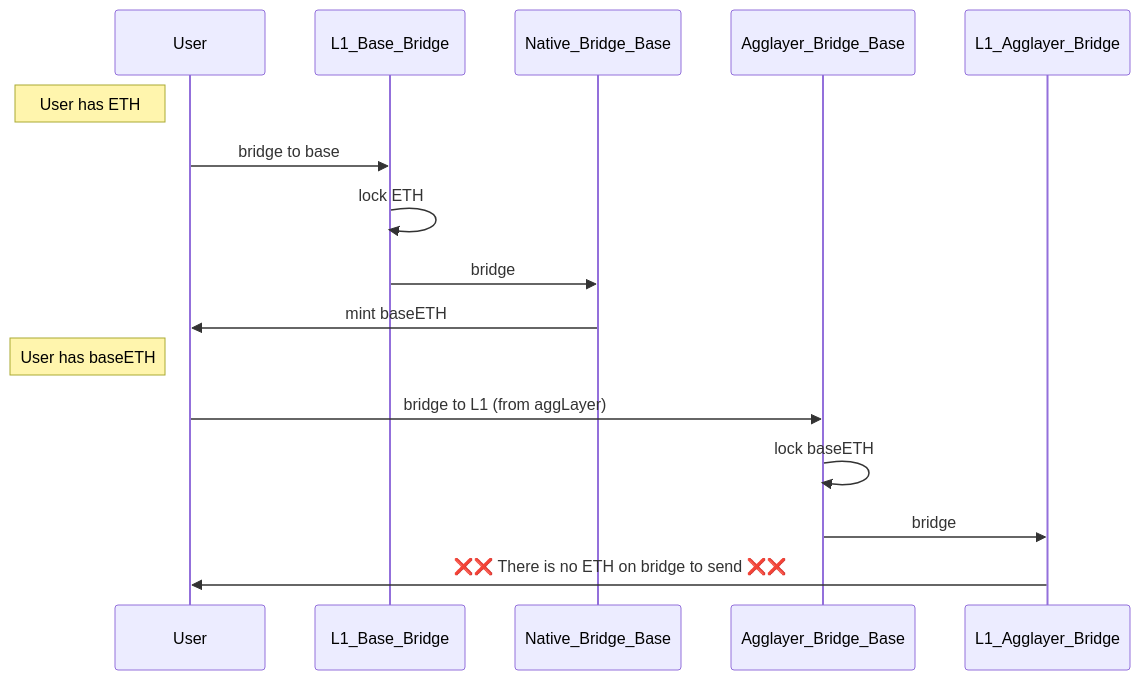
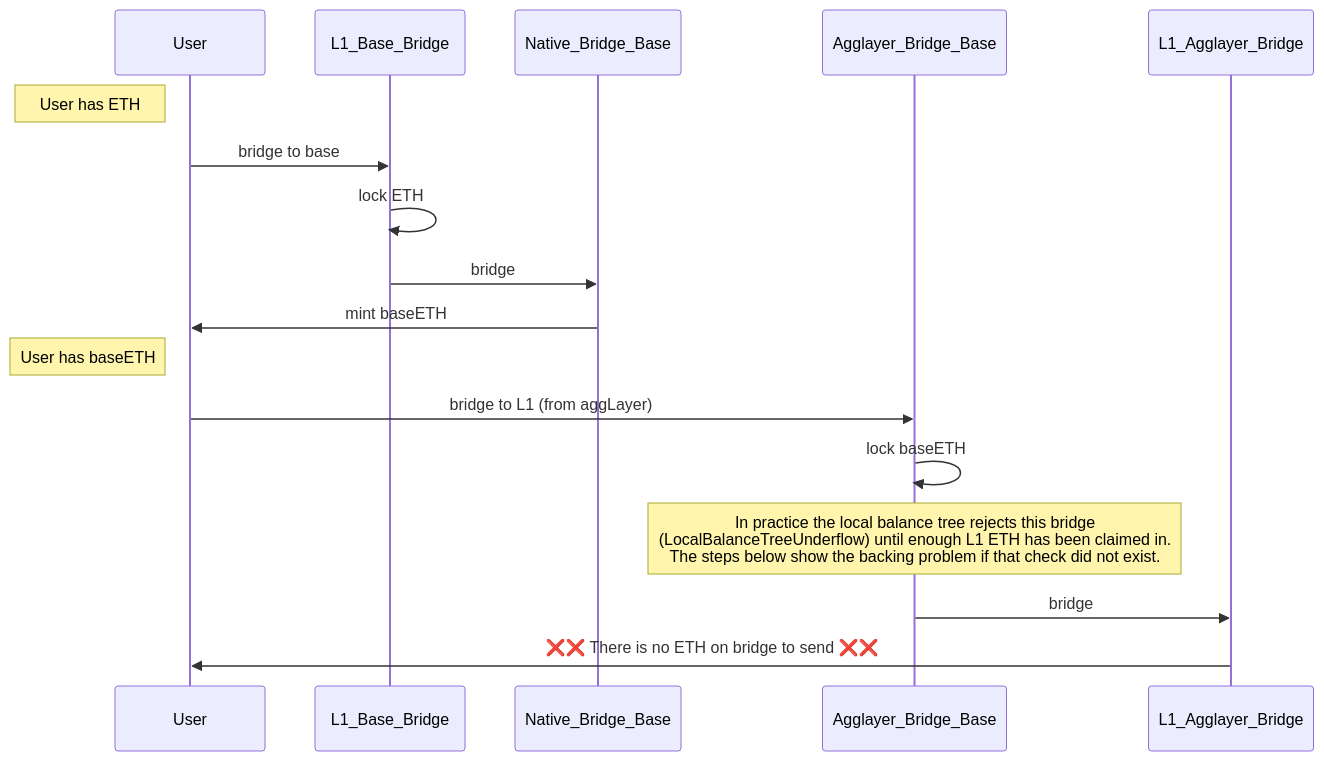
Before and after one commit to agglayer/protocol-team-docs: the first of 2 diagrams in docs/outposts/Intro.md, drawn with Mermaid. The commit also changed 1 other file, not shown here.

Commit message:
docs(outposts): refine gas token page and 4.1 diagram
Refs https://github.com/agglayer/protocol-team-kanban/issues/821

````diff
--- a/docs/outposts/Intro.md
+++ b/docs/outposts/Intro.md
@@ -48,19 +48,20 @@
 ```mermaid
 sequenceDiagram
     participant User
     participant L1_Base_Bridge
     participant Native_Bridge_Base
     participant Agglayer_Bridge_Base
     participant L1_Agglayer_Bridge
 
     Note left of User: User has ETH
     User ->> L1_Base_Bridge: bridge to base
     L1_Base_Bridge ->> L1_Base_Bridge: lock ETH
     L1_Base_Bridge ->> Native_Bridge_Base: bridge
     Native_Bridge_Base ->> User: mint baseETH
     Note left of User: User has baseETH
     User ->> Agglayer_Bridge_Base: bridge to L1 (from aggLayer)
     Agglayer_Bridge_Base ->> Agglayer_Bridge_Base: lock baseETH
+    Note over Agglayer_Bridge_Base: In practice the local balance tree rejects this bridge<br/>(LocalBalanceTreeUnderflow) until enough L1 ETH has been claimed in.<br/>The steps below show the backing problem if that check did not exist.
     Agglayer_Bridge_Base ->> L1_Agglayer_Bridge: bridge
     L1_Agglayer_Bridge ->> User: ❌❌ There is no ETH on bridge to send ❌❌
 ```
````
